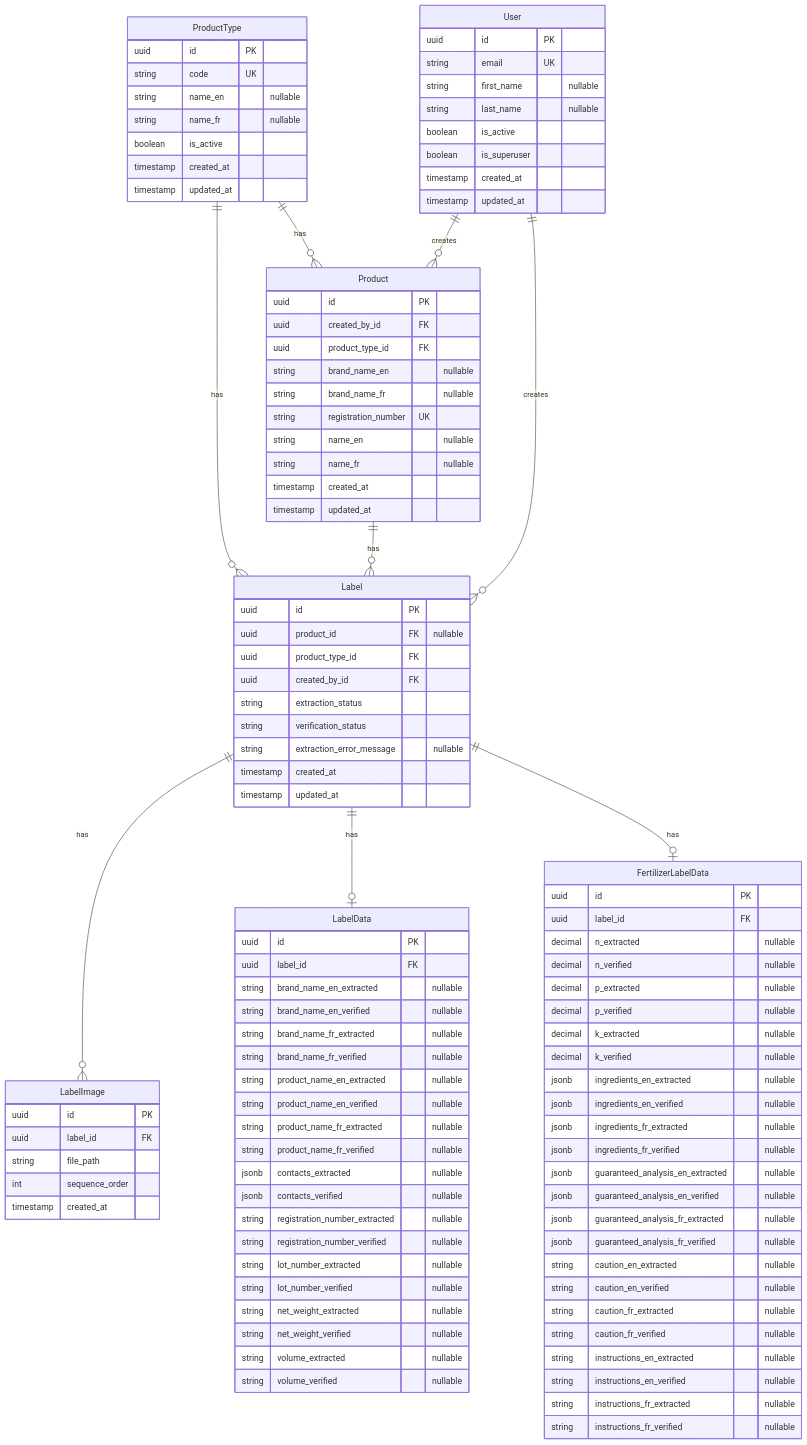
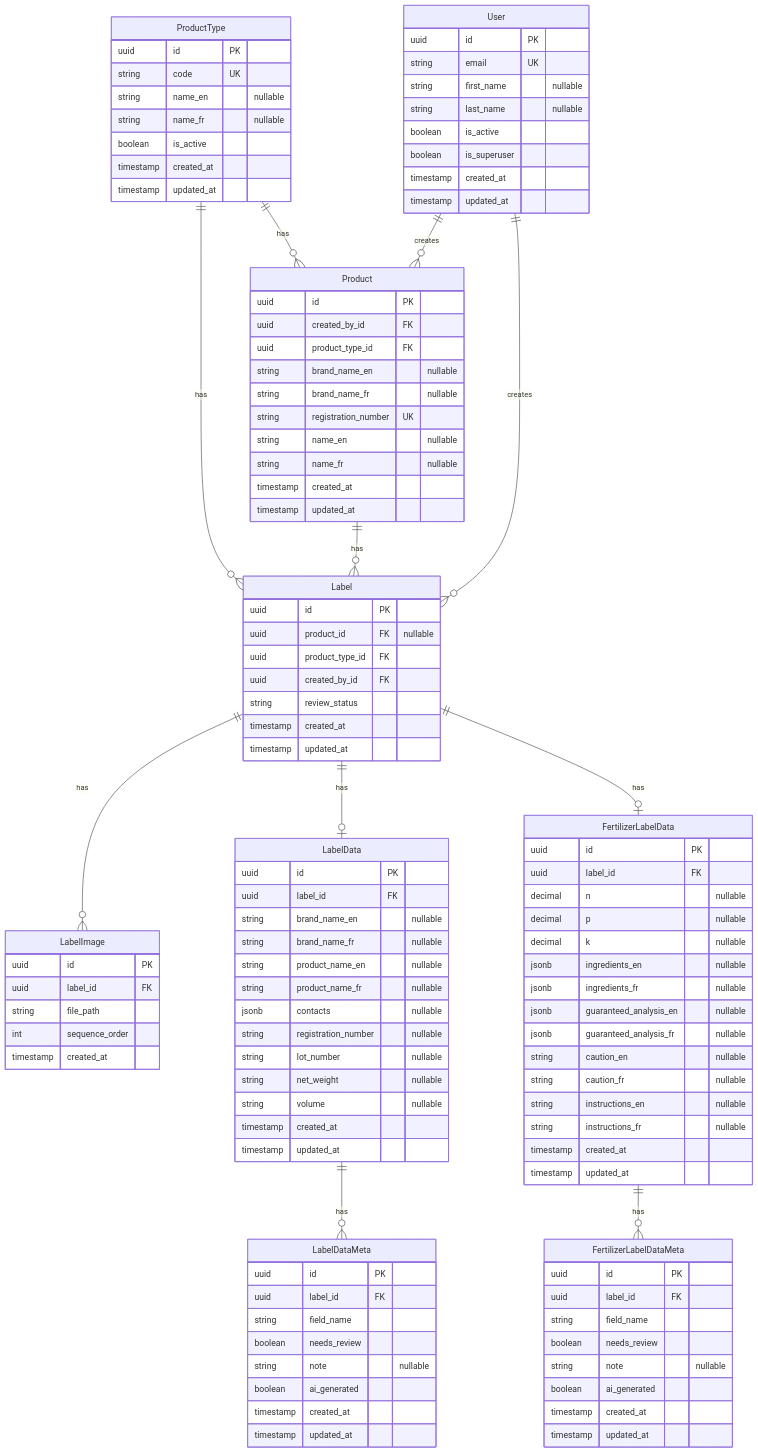
Before and after one commit to ai-cfia/fertiscan: the diagram in docs/erd.md, drawn with Mermaid. The commit also changed other lines of this file and 18 other files, not shown here.

First line of the commit message:
refactor(db): #269 schema refactoring

```diff
--- a/docs/erd.md
+++ b/docs/erd.md
@@ -10,6 +10,8 @@
     Label ||--o{ LabelImage : "has"
     Label ||--o| LabelData : "has"
     Label ||--o| FertilizerLabelData : "has"
+    LabelData ||--o{ LabelDataMeta : "has"
+    FertilizerLabelData ||--o{ FertilizerLabelDataMeta : "has"
     User ||--o{ Label : "creates"
     User ||--o{ Product : "creates"
 
@@ -41,9 +43,7 @@
         uuid product_id FK "nullable"
         uuid product_type_id FK
         uuid created_by_id FK
-        string extraction_status
-        string verification_status
-        string extraction_error_message "nullable"
+        string review_status
         timestamp created_at
         timestamp updated_at
     }
@@ -59,51 +59,57 @@
     LabelData {
         uuid id PK
         uuid label_id FK
-        string brand_name_en_extracted "nullable"
-        string brand_name_en_verified "nullable"
-        string brand_name_fr_extracted "nullable"
-        string brand_name_fr_verified "nullable"
-        string product_name_en_extracted "nullable"
-        string product_name_en_verified "nullable"
-        string product_name_fr_extracted "nullable"
-        string product_name_fr_verified "nullable"
-        jsonb contacts_extracted "nullable"
-        jsonb contacts_verified "nullable"
-        string registration_number_extracted "nullable"
-        string registration_number_verified "nullable"
-        string lot_number_extracted "nullable"
-        string lot_number_verified "nullable"
-        string net_weight_extracted "nullable"
-        string net_weight_verified "nullable"
-        string volume_extracted "nullable"
-        string volume_verified "nullable"
+        string brand_name_en "nullable"
+        string brand_name_fr "nullable"
+        string product_name_en "nullable"
+        string product_name_fr "nullable"
+        jsonb contacts "nullable"
+        string registration_number "nullable"
+        string lot_number "nullable"
+        string net_weight "nullable"
+        string volume "nullable"
+        timestamp created_at
+        timestamp updated_at
+    }
+
+    LabelDataMeta {
+        uuid id PK
+        uuid label_id FK
+        string field_name
+        boolean needs_review
+        string note "nullable"
+        boolean ai_generated
+        timestamp created_at
+        timestamp updated_at
     }
 
     FertilizerLabelData {
         uuid id PK
         uuid label_id FK
-        decimal n_extracted "nullable"
-        decimal n_verified "nullable"
-        decimal p_extracted "nullable"
-        decimal p_verified "nullable"
-        decimal k_extracted "nullable"
-        decimal k_verified "nullable"
-        jsonb ingredients_en_extracted "nullable"
-        jsonb ingredients_en_verified "nullable"
-        jsonb ingredients_fr_extracted "nullable"
-        jsonb ingredients_fr_verified "nullable"
-        jsonb guaranteed_analysis_en_extracted "nullable"
-        jsonb guaranteed_analysis_en_verified "nullable"
-        jsonb guaranteed_analysis_fr_extracted "nullable"
-        jsonb guaranteed_analysis_fr_verified "nullable"
-        string caution_en_extracted "nullable"
-        string caution_en_verified "nullable"
-        string caution_fr_extracted "nullable"
-        string caution_fr_verified "nullable"
-        string instructions_en_extracted "nullable"
-        string instructions_en_verified "nullable"
-        string instructions_fr_extracted "nullable"
-        string instructions_fr_verified "nullable"
+        decimal n "nullable"
+        decimal p "nullable"
+        decimal k "nullable"
+        jsonb ingredients_en "nullable"
+        jsonb ingredients_fr "nullable"
+        jsonb guaranteed_analysis_en "nullable"
+        jsonb guaranteed_analysis_fr "nullable"
+        string caution_en "nullable"
+        string caution_fr "nullable"
+        string instructions_en "nullable"
+        string instructions_fr "nullable"
+        timestamp created_at
+        timestamp updated_at
+    }
+
+    FertilizerLabelDataMeta {
+        uuid id PK
+        uuid label_id FK
+        string field_name
+        boolean needs_review
+        string note "nullable"
+        boolean ai_generated
+        timestamp created_at
+        timestamp updated_at
     }
 
     User {
```
